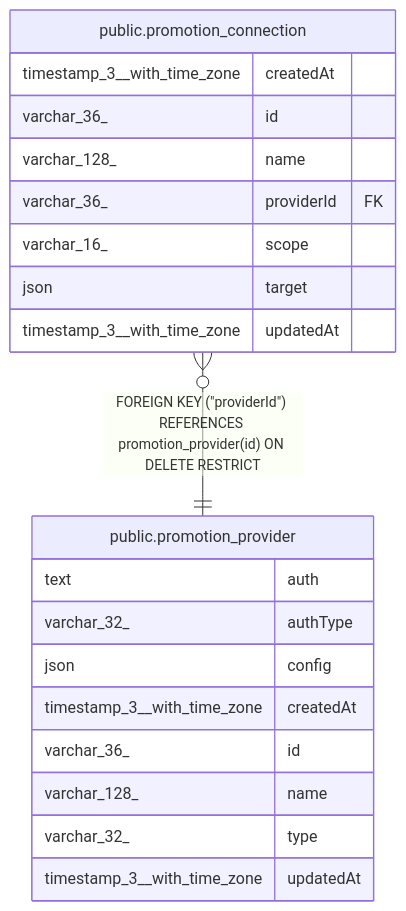
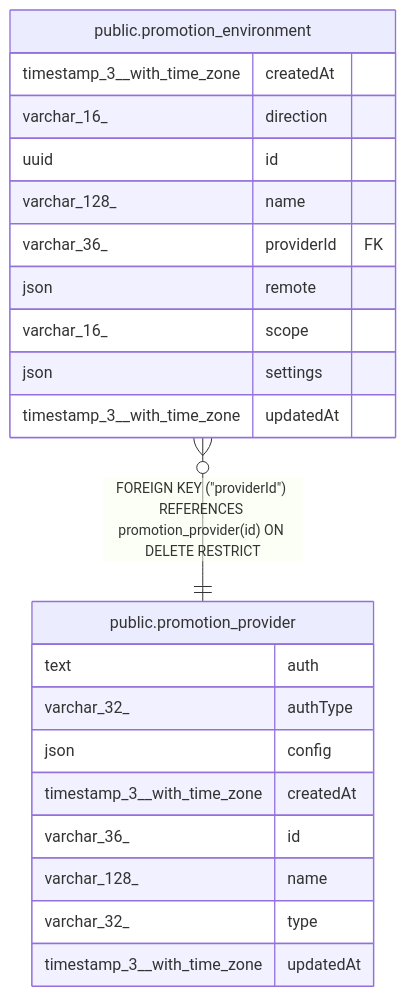
Before and after one commit to sreent/n8n: the diagram in docs/generated/postgres-schema/public.promotion_provider.md, drawn with Mermaid. The commit also changed other lines of this file and 7993 other files, not shown here.

````diff
--- a/docs/generated/postgres-schema/public.promotion_provider.md
+++ b/docs/generated/postgres-schema/public.promotion_provider.md
@@ -40,25 +40,27 @@
 ```mermaid
 erDiagram
 
-"public.promotion_connection" }o--|| "public.promotion_provider" : "FOREIGN KEY (#quot;providerId#quot;) REFERENCES promotion_provider(id) ON DELETE RESTRICT"
+"public.promotion_environment" }o--|| "public.promotion_provider" : "FOREIGN KEY (#quot;providerId#quot;) REFERENCES promotion_provider(id) ON DELETE RESTRICT"
 
 "public.promotion_provider" {
   text auth
   varchar_32_ authType
   json config
   timestamp_3__with_time_zone createdAt
   varchar_36_ id
   varchar_128_ name
   varchar_32_ type
   timestamp_3__with_time_zone updatedAt
 }
-"public.promotion_connection" {
+"public.promotion_environment" {
   timestamp_3__with_time_zone createdAt
-  varchar_36_ id
+  varchar_16_ direction
+  uuid id
   varchar_128_ name
   varchar_36_ providerId FK
+  json remote
   varchar_16_ scope
-  json target
+  json settings
   timestamp_3__with_time_zone updatedAt
 }
 ```
````
